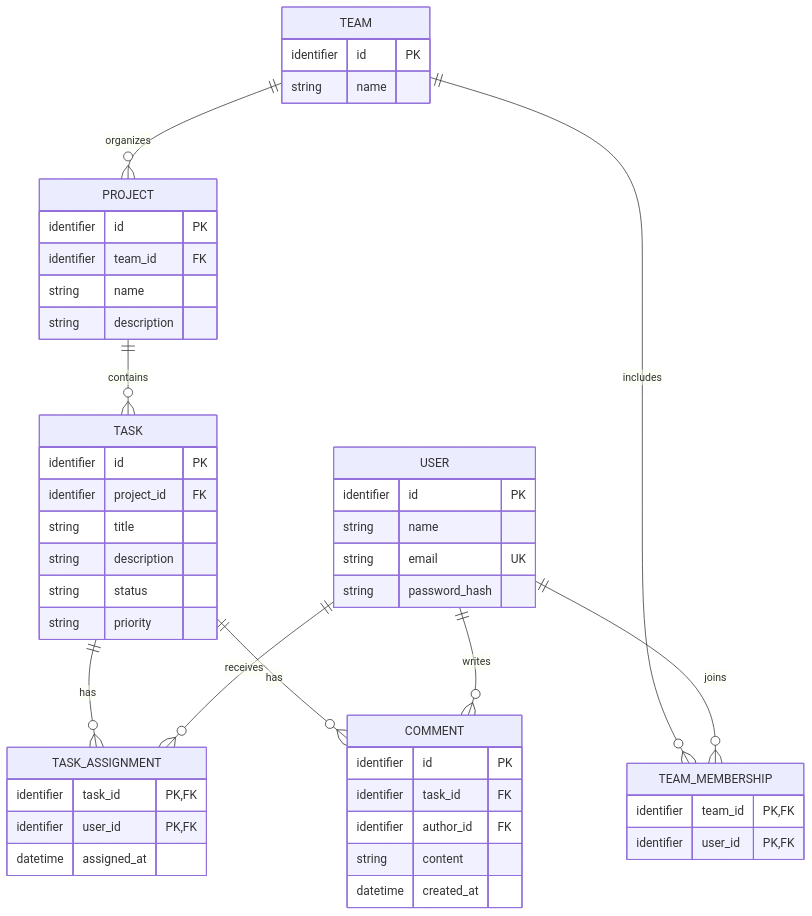
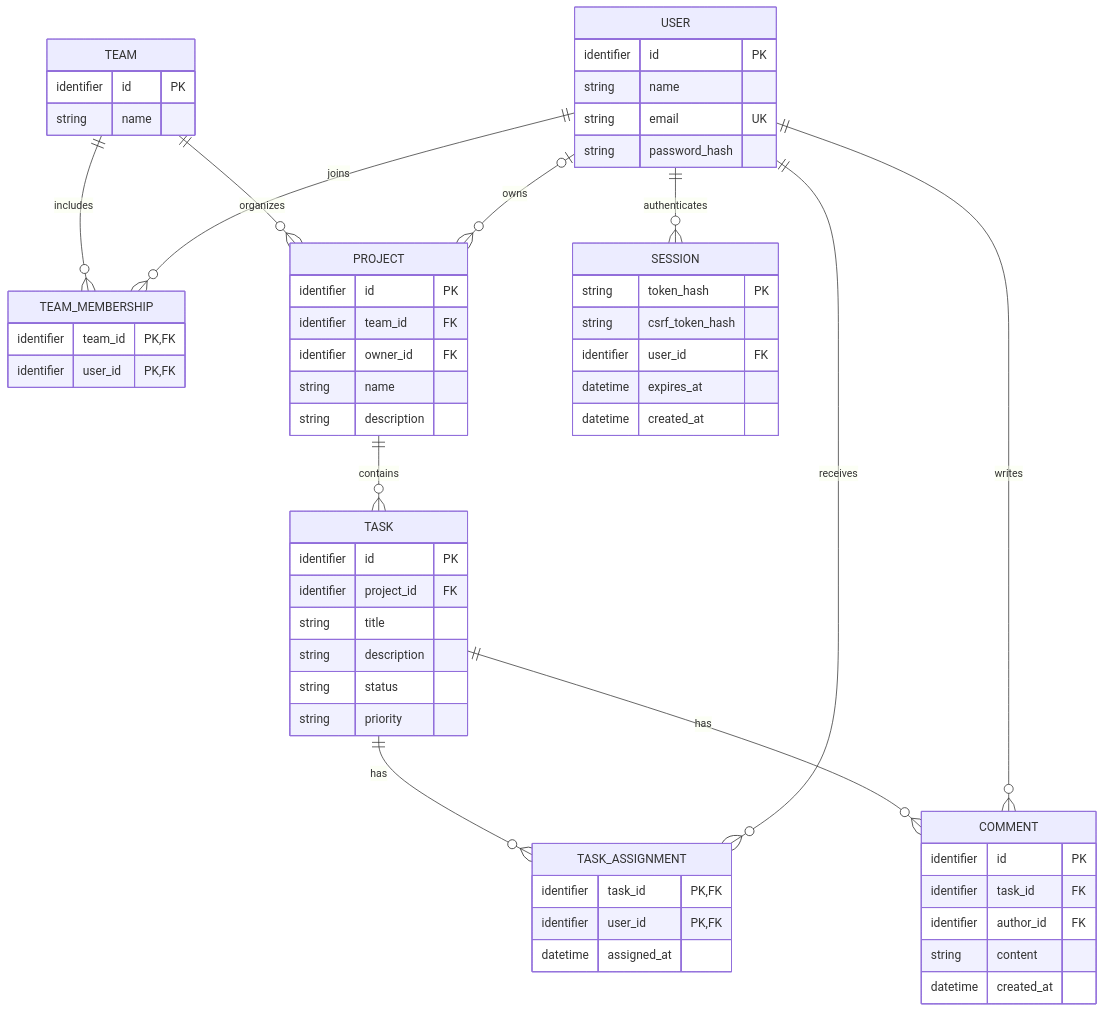
The diagram in docs/database.md (AndrePereiraGitH/Matriz), drawn with Mermaid before and after one commit. The commit also changed other lines of this file and 27 other files, not shown here.

````diff
--- a/docs/database.md
+++ b/docs/database.md
@@ -38,58 +41,69 @@
 ```mermaid
 erDiagram
     USER {
         identifier id PK
         string name
         string email UK
         string password_hash
     }
 
     TEAM {
         identifier id PK
         string name
     }
 
     TEAM_MEMBERSHIP {
         identifier team_id PK, FK
         identifier user_id PK, FK
     }
 
     PROJECT {
         identifier id PK
         identifier team_id FK
+        identifier owner_id FK
         string name
         string description
     }
 
     TASK {
         identifier id PK
         identifier project_id FK
         string title
         string description
         string status
         string priority
     }
 
     TASK_ASSIGNMENT {
         identifier task_id PK, FK
         identifier user_id PK, FK
         datetime assigned_at
     }
 
     COMMENT {
         identifier id PK
         identifier task_id FK
         identifier author_id FK
         string content
         datetime created_at
     }
 
+    SESSION {
+        string token_hash PK
+        string csrf_token_hash
+        identifier user_id FK
+        datetime expires_at
+        datetime created_at
+    }
+
     TEAM ||--o{ PROJECT : organizes
     TEAM ||--o{ TEAM_MEMBERSHIP : includes
     USER ||--o{ TEAM_MEMBERSHIP : joins
     PROJECT ||--o{ TASK : contains
     TASK ||--o{ TASK_ASSIGNMENT : has
     USER ||--o{ TASK_ASSIGNMENT : receives
     TASK ||--o{ COMMENT : has
     USER ||--o{ COMMENT : writes
+    USER ||--o{ SESSION : authenticates
+    USER o|--o{ PROJECT : owns
 ```
````
